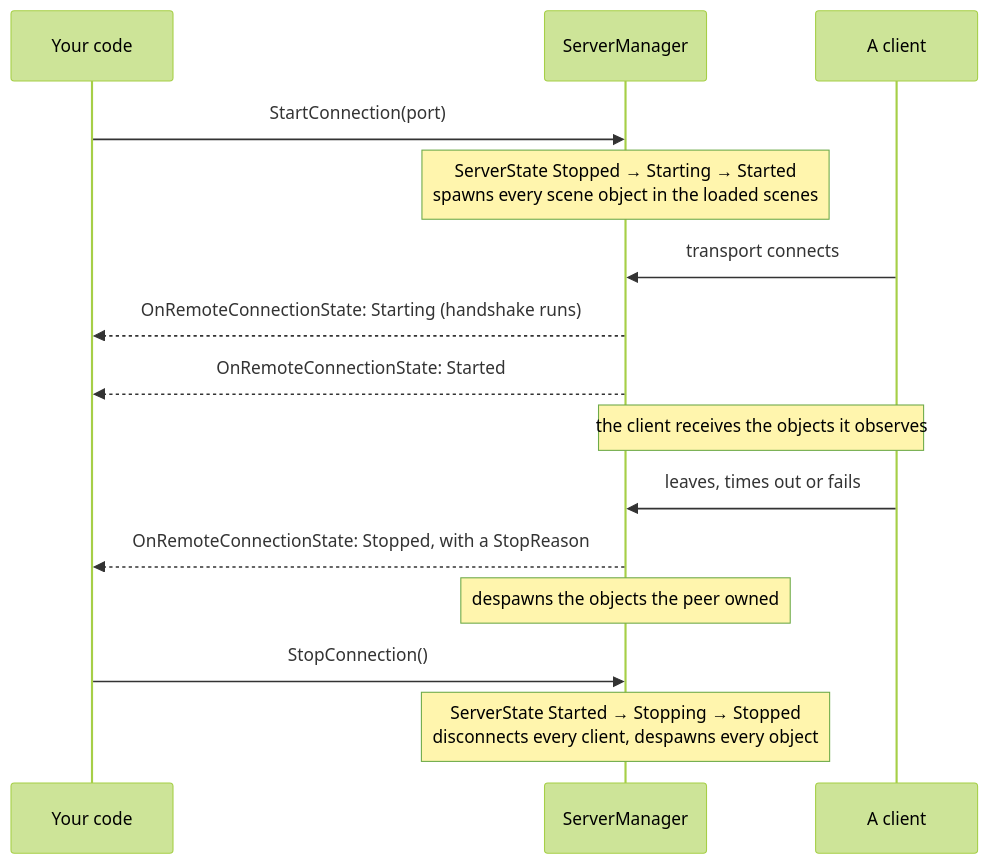
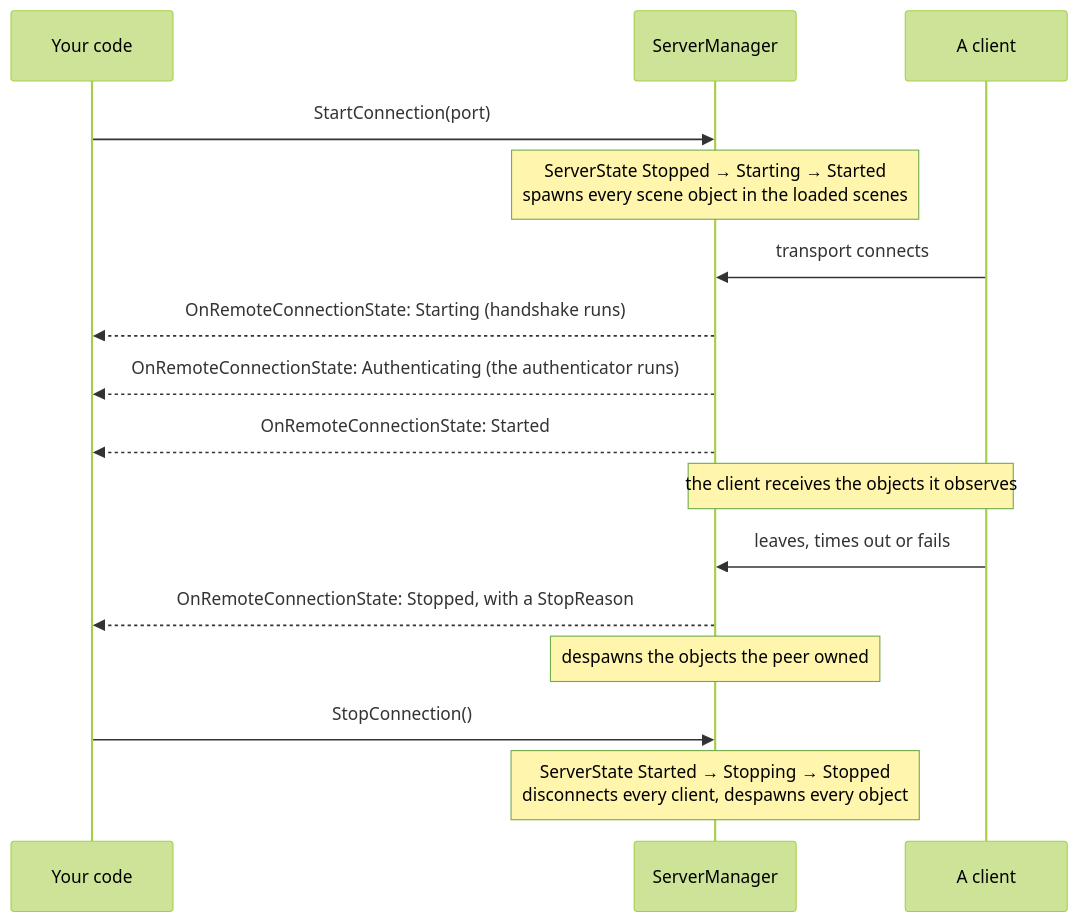
Before and after one commit to fomoxa/unity-docs: the first of 4 diagrams in concepts/lifecycle.md, drawn with Mermaid (forest theme). The commit also changed other lines of this file and 33 other files, not shown here.

First line of the commit message:
Hold each new connection until an authenticator lets it in (11.12, Q180, Q181, Q182)

````diff
--- a/concepts/lifecycle.md
+++ b/concepts/lifecycle.md
@@ -20,17 +20,18 @@
 ```mermaid
 sequenceDiagram
     participant Code as Your code
     participant SM as ServerManager
     participant Peer as A client
     Code->>SM: StartConnection(port)
     Note over SM: ServerState Stopped → Starting → Started<br/>spawns every scene object in the loaded scenes
     Peer->>SM: transport connects
     SM-->>Code: OnRemoteConnectionState: Starting (handshake runs)
+    SM-->>Code: OnRemoteConnectionState: Authenticating (the authenticator runs)
     SM-->>Code: OnRemoteConnectionState: Started
     Note over SM,Peer: the client receives the objects it observes
     Peer->>SM: leaves, times out or fails
     SM-->>Code: OnRemoteConnectionState: Stopped, with a StopReason
     Note over SM: despawns the objects the peer owned
     Code->>SM: StopConnection()
     Note over SM: ServerState Started → Stopping → Stopped<br/>disconnects every client, despawns every object
 ```
````
